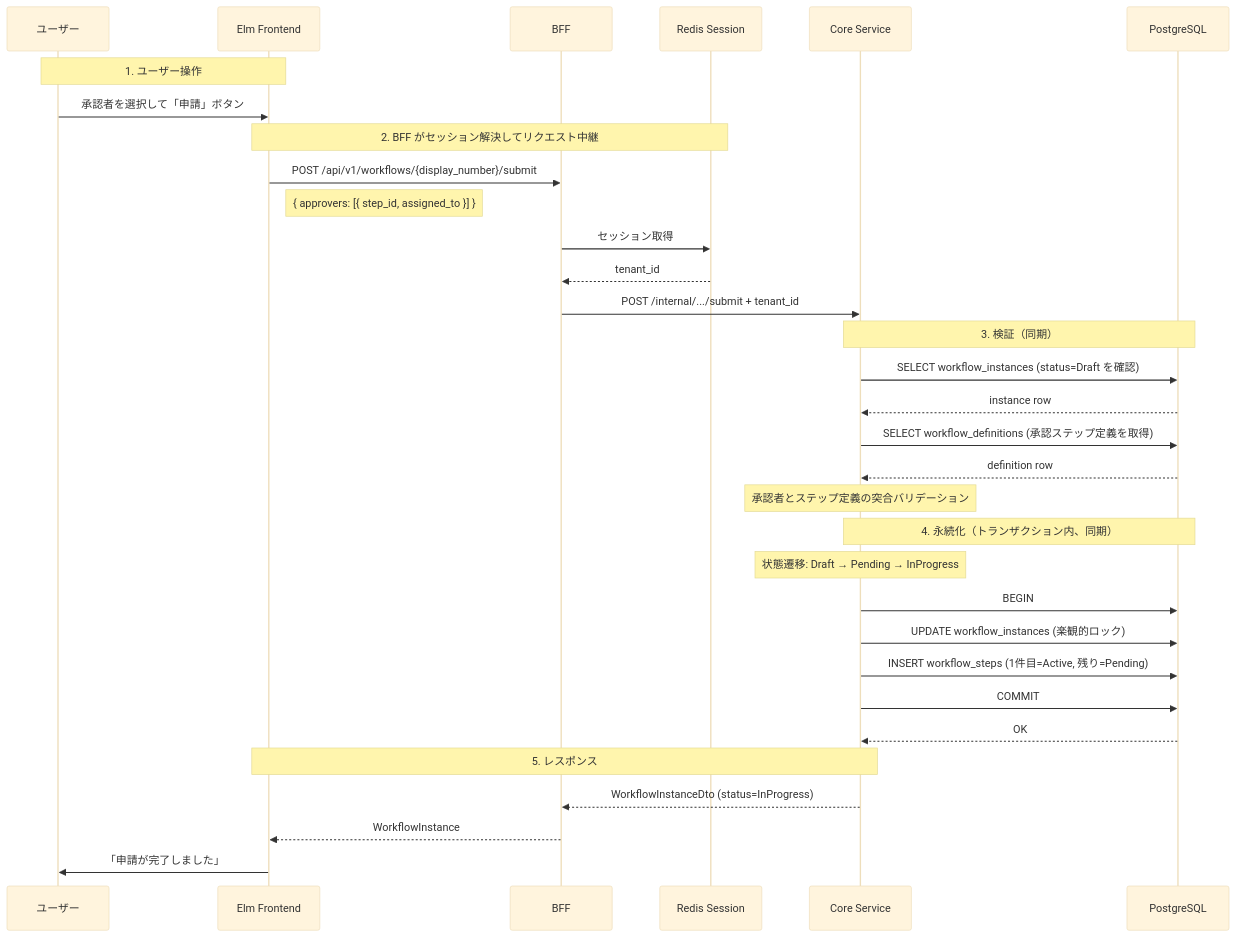
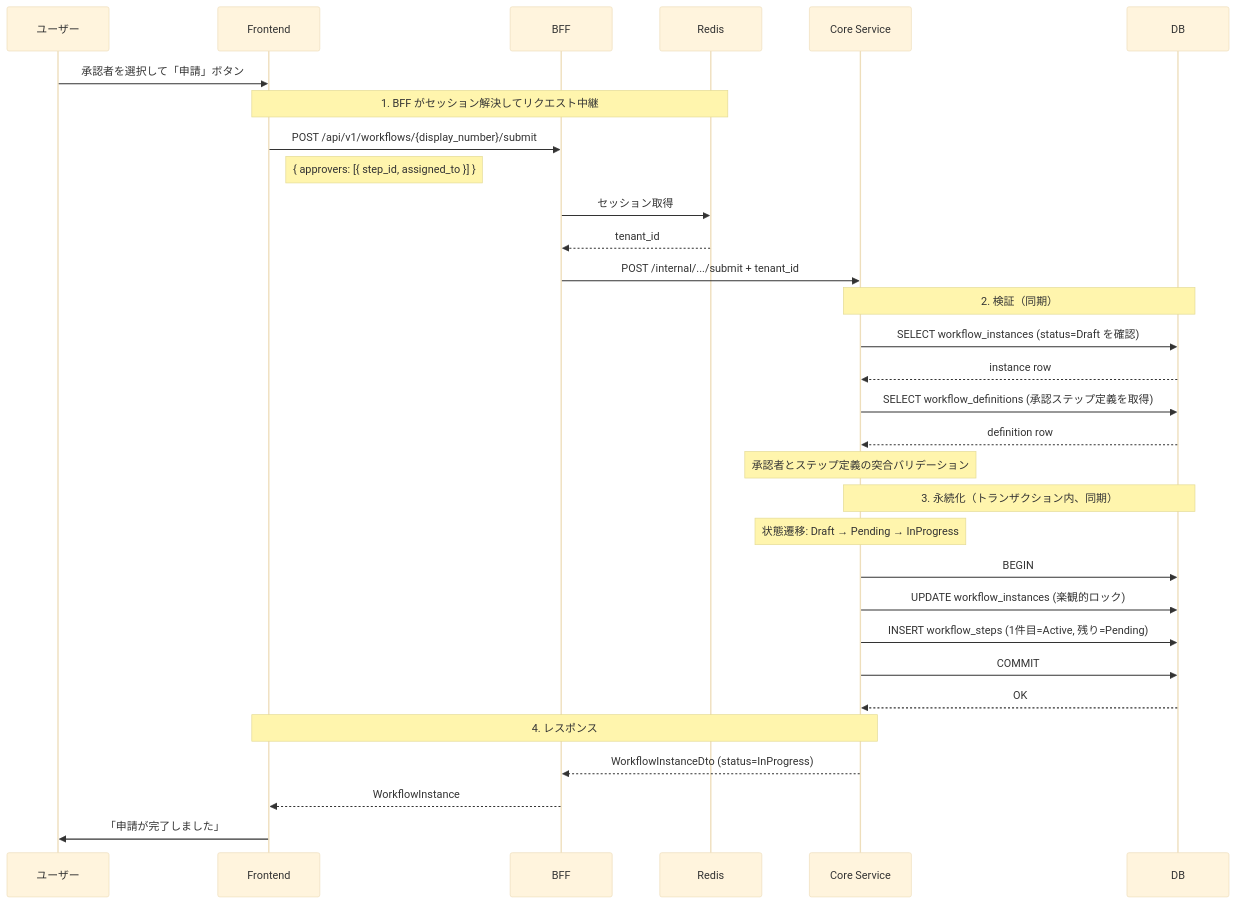
One commit to ka2kama/ringiflow changed the second of 3 diagrams in docs/90_実装解説/ワークフロー/01_申請フロー.md. Above: the diagram before and after it, drawn with Mermaid (base theme). The commit also changed other lines of this file and 2 other files, not shown here.

````diff
--- a/docs/90_実装解説/ワークフロー/01_申請フロー.md
+++ b/docs/90_実装解説/ワークフロー/01_申請フロー.md
@@ -47,39 +46,38 @@
 ```mermaid
 sequenceDiagram
     participant U as ユーザー
-    participant Elm as Elm Frontend
+    participant FE as Frontend
     participant BFF as BFF
-    participant Redis as Redis Session
+    participant Redis as Redis
     participant Core as Core Service
-    participant DB as PostgreSQL
+    participant DB as DB
 
-    Note over U, Elm: 1. ユーザー操作
-    U->>Elm: 承認者を選択して「申請」ボタン
+    U->>FE: 承認者を選択して「申請」ボタン
 
-    Note over Elm, Redis: 2. BFF がセッション解決してリクエスト中継
-    Elm->>BFF: POST /api/v1/workflows/{display_number}/submit
-    Note right of Elm: { approvers: [{ step_id, assigned_to }] }
+    Note over FE, Redis: 1. BFF がセッション解決してリクエスト中継
+    FE->>BFF: POST /api/v1/workflows/{display_number}/submit
+    Note right of FE: { approvers: [{ step_id, assigned_to }] }
     BFF->>Redis: セッション取得
     Redis-->>BFF: tenant_id
     BFF->>Core: POST /internal/.../submit + tenant_id
 
-    Note over Core, DB: 3. 検証（同期）
+    Note over Core, DB: 2. 検証（同期）
     Core->>DB: SELECT workflow_instances (status=Draft を確認)
     DB-->>Core: instance row
     Core->>DB: SELECT workflow_definitions (承認ステップ定義を取得)
     DB-->>Core: definition row
     Note over Core: 承認者とステップ定義の突合バリデーション
 
-    Note over Core, DB: 4. 永続化（トランザクション内、同期）
+    Note over Core, DB: 3. 永続化（トランザクション内、同期）
     Note over Core: 状態遷移: Draft → Pending → InProgress
     Core->>DB: BEGIN
     Core->>DB: UPDATE workflow_instances (楽観的ロック)
     Core->>DB: INSERT workflow_steps (1件目=Active, 残り=Pending)
     Core->>DB: COMMIT
     DB-->>Core: OK
 
-    Note over Core, Elm: 5. レスポンス
+    Note over Core, FE: 4. レスポンス
     Core-->>BFF: WorkflowInstanceDto (status=InProgress)
-    BFF-->>Elm: WorkflowInstance
-    Elm->>U: 「申請が完了しました」
+    BFF-->>FE: WorkflowInstance
+    FE->>U: 「申請が完了しました」
 ```
````
